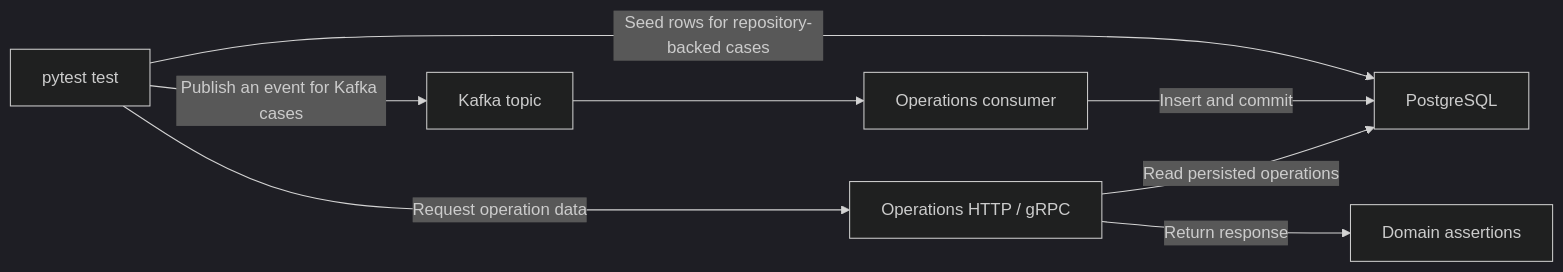
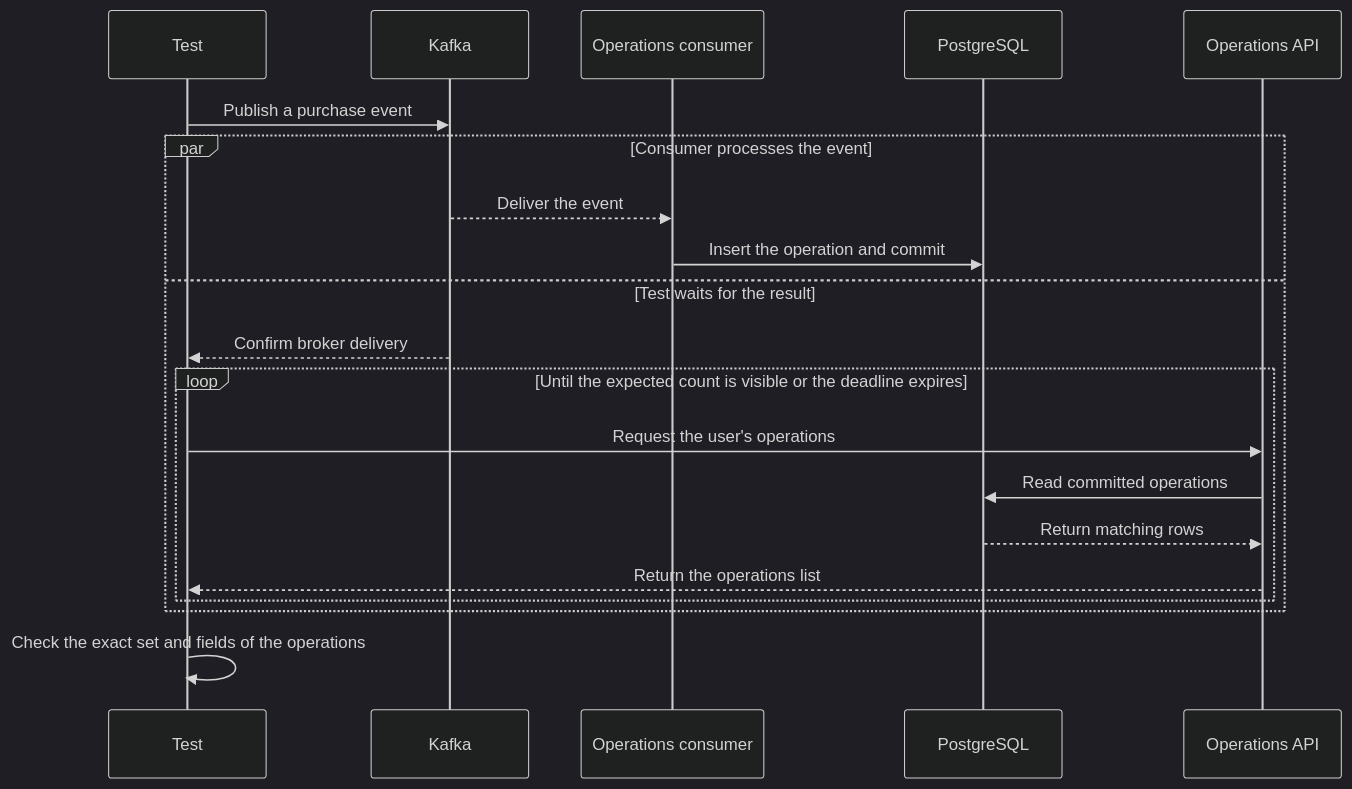
Before and after one commit to Barbaron86/isolation-api-tests: the third of 3 diagrams in README.md, drawn with Mermaid (dark theme). The commit also changed other lines of this file and 1 other file, not shown here.

Commit message:
docs: уточнить схемы Gateway и Operations и сократить README

````diff
--- a/README.md
+++ b/README.md
@@ -231,17 +214,24 @@
 ```mermaid
-flowchart LR
-    T["pytest test"]
-    K["Kafka topic"]
-    C["Operations consumer"]
-    DB["PostgreSQL"]
-    API["Operations HTTP / gRPC"]
-    A["Domain assertions"]
+sequenceDiagram
+    participant T as Test
+    participant K as Kafka
+    participant C as Operations consumer
+    participant DB as PostgreSQL
+    participant API as Operations API
 
-    T -->|Seed rows for repository-backed cases| DB
-    T -->|Publish an event for Kafka cases| K
-    K --> C
-    C -->|Insert and commit| DB
-    T -->|Request operation data| API
-    API -->|Read persisted operations| DB
-    API -->|Return response| A
+    T->>K: Publish a purchase event
+    par Consumer processes the event
+        K-->>C: Deliver the event
+        C->>DB: Insert the operation and commit
+    and Test waits for the result
+        K-->>T: Confirm broker delivery
+        loop Until the expected count is visible or the deadline expires
+            T->>API: Request the user's operations
+            API->>DB: Read committed operations
+            DB-->>API: Return matching rows
+            API-->>T: Return the operations list
+        end
+    end
+
+    T->>T: Check the exact set and fields of the operations
 ```
````
